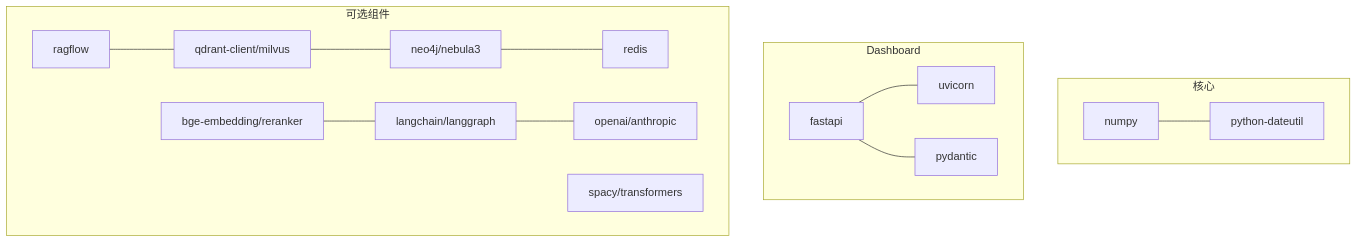
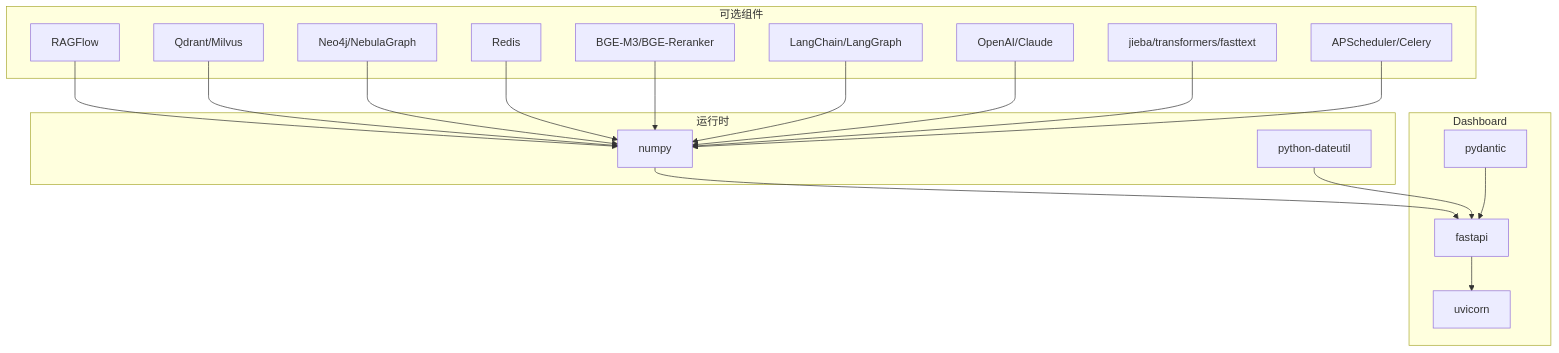
Before and after one commit to JieGaoPrinceton/NecoRAG: the fourth of 4 diagrams in .qoder/repowiki/zh/content/项目概述/项目概述.md, drawn with Mermaid. The commit also changed other lines of this file and 222 other files, not shown here.

````diff
--- a/.qoder/repowiki/zh/content/项目概述/项目概述.md
+++ b/.qoder/repowiki/zh/content/项目概述/项目概述.md
@@ -377,18 +191,36 @@
 ```mermaid
 graph TB
-subgraph "核心"
-N["numpy"] --- D["python-dateutil"]
+subgraph "运行时"
+N["numpy"]
+D["python-dateutil"]
 end
 subgraph "Dashboard"
-F["fastapi"] --- U["uvicorn"]
-F --- P["pydantic"]
+F["fastapi"]
+U["uvicorn"]
+P["pydantic"]
 end
 subgraph "可选组件"
-R["ragflow"] --- Q["qdrant-client/milvus"]
-Q --- G["neo4j/nebula3"]
-G --- RC["redis"]
-B["bge-embedding/reranker"] --- L["langchain/langgraph"]
-L --- O["openai/anthropic"]
-NL["spacy/transformers"]
+R["RAGFlow"]
+Q["Qdrant/Milvus"]
+G["Neo4j/NebulaGraph"]
+C["Redis"]
+B["BGE-M3/BGE-Reranker"]
+L["LangChain/LangGraph"]
+O["OpenAI/Claude"]
+J["jieba/transformers/fasttext"]
+S["APScheduler/Celery"]
 end
+N --> F
+D --> F
+F --> U
+P --> F
+R --> N
+Q --> N
+G --> N
+C --> N
+B --> N
+L --> N
+O --> N
+J --> N
+S --> N
 ```
````
